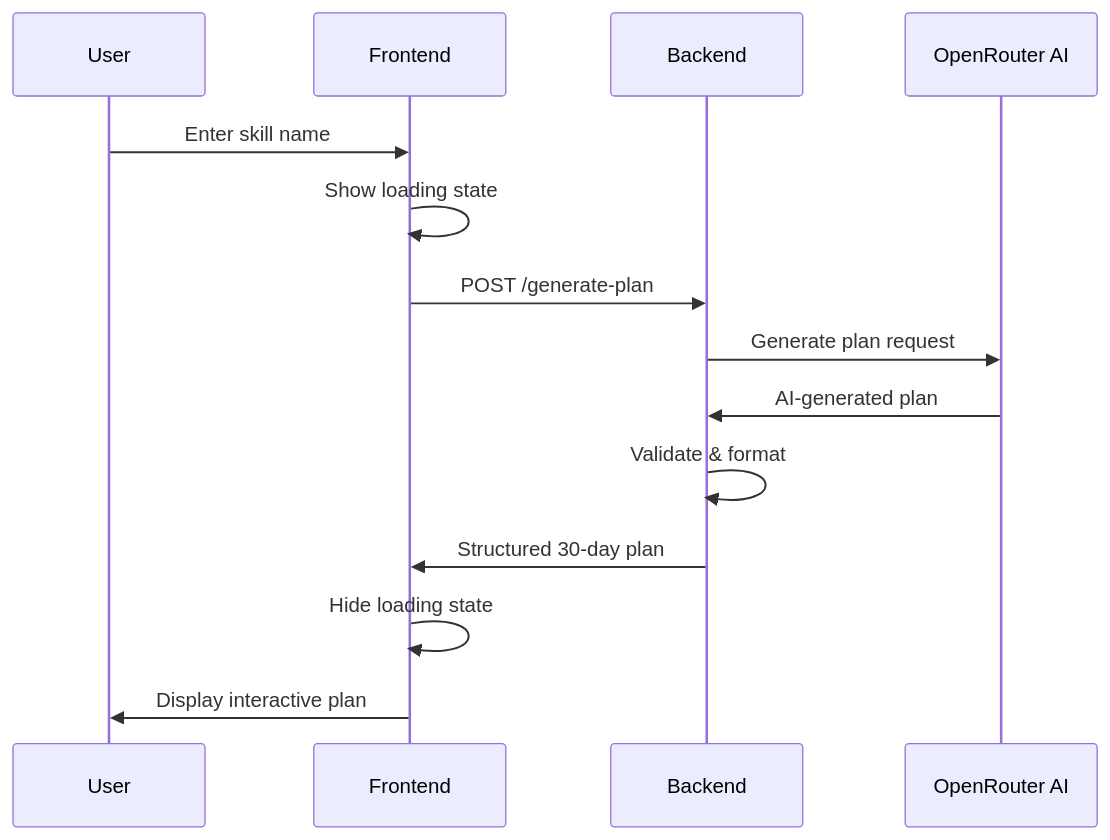
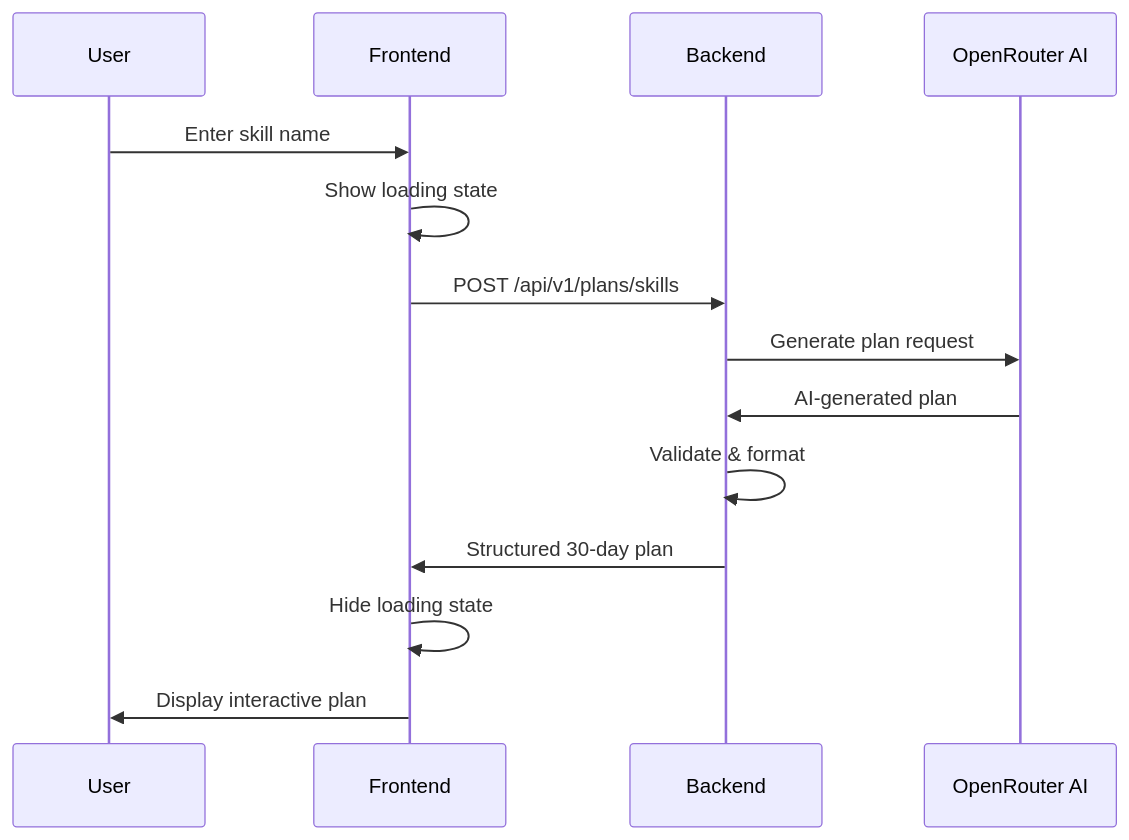
The third of 3 diagrams in Developer's Guide.md (ZayK1/Orbital-TeamYiZ), drawn with Mermaid before and after one commit. The commit also changed other lines of this file and 13 other files, not shown here.

Commit message:
feat: implement service and repository architecture for Skills and Habits, enhancing database interactions and introducing async support for improved performance and scalability

````diff
--- a/Developer's Guide.md
+++ b/Developer's Guide.md
@@ -1423,32 +1235,17 @@
 ```mermaid
+sequenceDiagram
+    participant U as User
+    participant F as Frontend
+    participant B as Backend
+    participant AI as OpenRouter AI
 
-sequenceDiagram
-
-participant U as User
-
-participant F as Frontend
-
-participant B as Backend
-
-participant AI as OpenRouter AI
-
-
-U->>F: Enter skill name
-
-F->>F: Show loading state
-
-F->>B: POST /generate-plan
-
-B->>AI: Generate plan request
-
-AI->>B: AI-generated plan
-
-B->>B: Validate & format
-
-B->>F: Structured 30-day plan
-
-F->>F: Hide loading state
-
-F->>U: Display interactive plan
-
+    U->>F: Enter skill name
+    F->>F: Show loading state
+    F->>B: POST /api/v1/plans/skills
+    B->>AI: Generate plan request
+    AI->>B: AI-generated plan
+    B->>B: Validate & format
+    B->>F: Structured 30-day plan
+    F->>F: Hide loading state
+    F->>U: Display interactive plan
 ```
````
